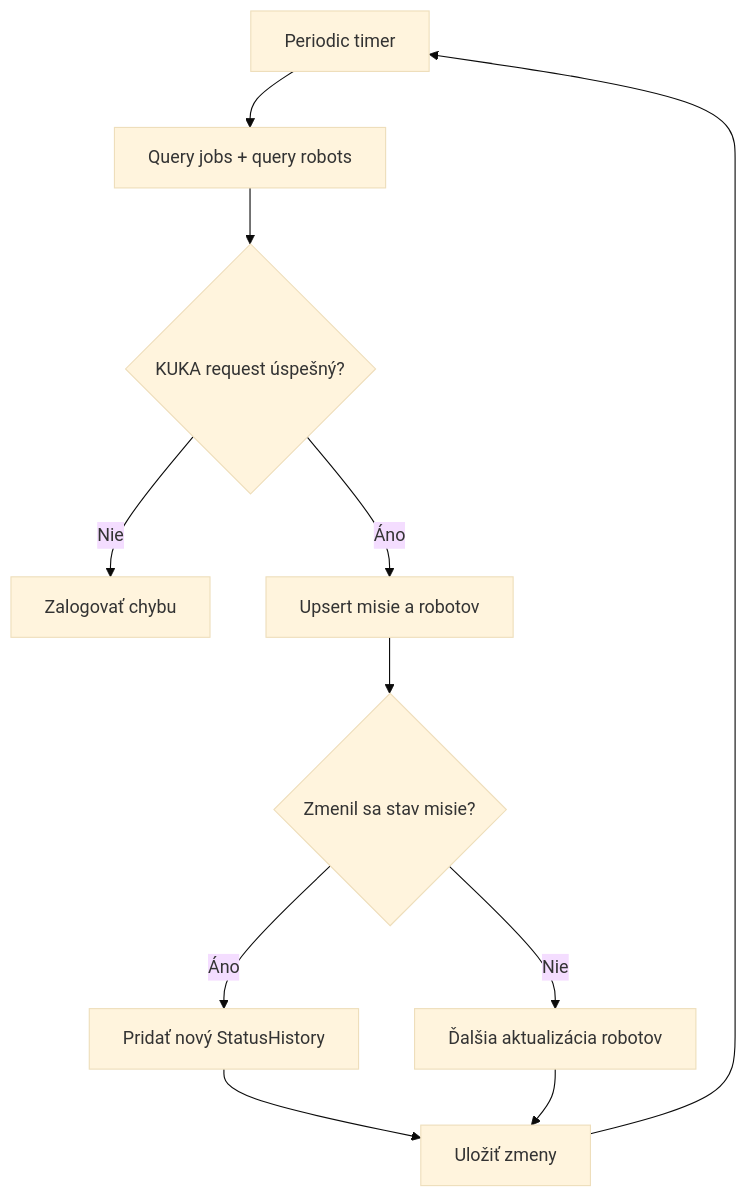
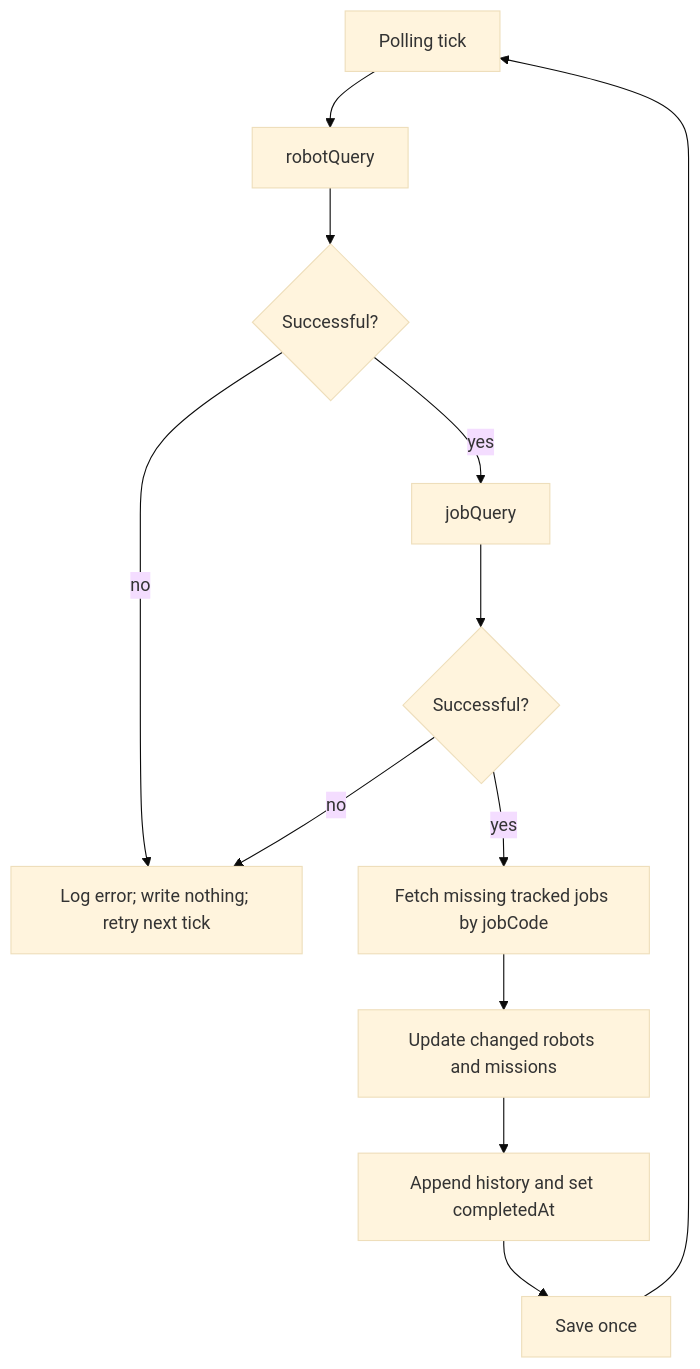
One commit to Alexmir888/ITS_2026 changed the second of 3 diagrams in docs/architecture.md. Above: the diagram before and after it, drawn with Mermaid (base theme). The commit also changed other lines of this file and 33 other files, not shown here.

````diff
--- a/docs/architecture.md
+++ b/docs/architecture.md
@@ -83,13 +59,14 @@
 ```mermaid
 flowchart TD
-    A[Periodic timer] --> B[Query jobs + query robots]
-    B --> C{KUKA request úspešný?}
-    C -- Nie --> D[Zalogovať chybu]
-    C -- Áno --> E[Upsert misie a robotov]
-    E --> F{Zmenil sa stav misie?}
-    F -- Áno --> G[Pridať nový StatusHistory]
-    F -- Nie --> H[Ďalšia aktualizácia robotov]
-    G --> I[Uložiť zmeny]
-    H --> I
+    A[Polling tick] --> B[robotQuery]
+    B --> C{Successful?}
+    C -- no --> Z[Log error; write nothing; retry next tick]
+    C -- yes --> D[jobQuery]
+    D --> E{Successful?}
+    E -- no --> Z
+    E -- yes --> F[Fetch missing tracked jobs by jobCode]
+    F --> G[Update changed robots and missions]
+    G --> H[Append history and set completedAt]
+    H --> I[Save once]
     I --> A
 ```
````
